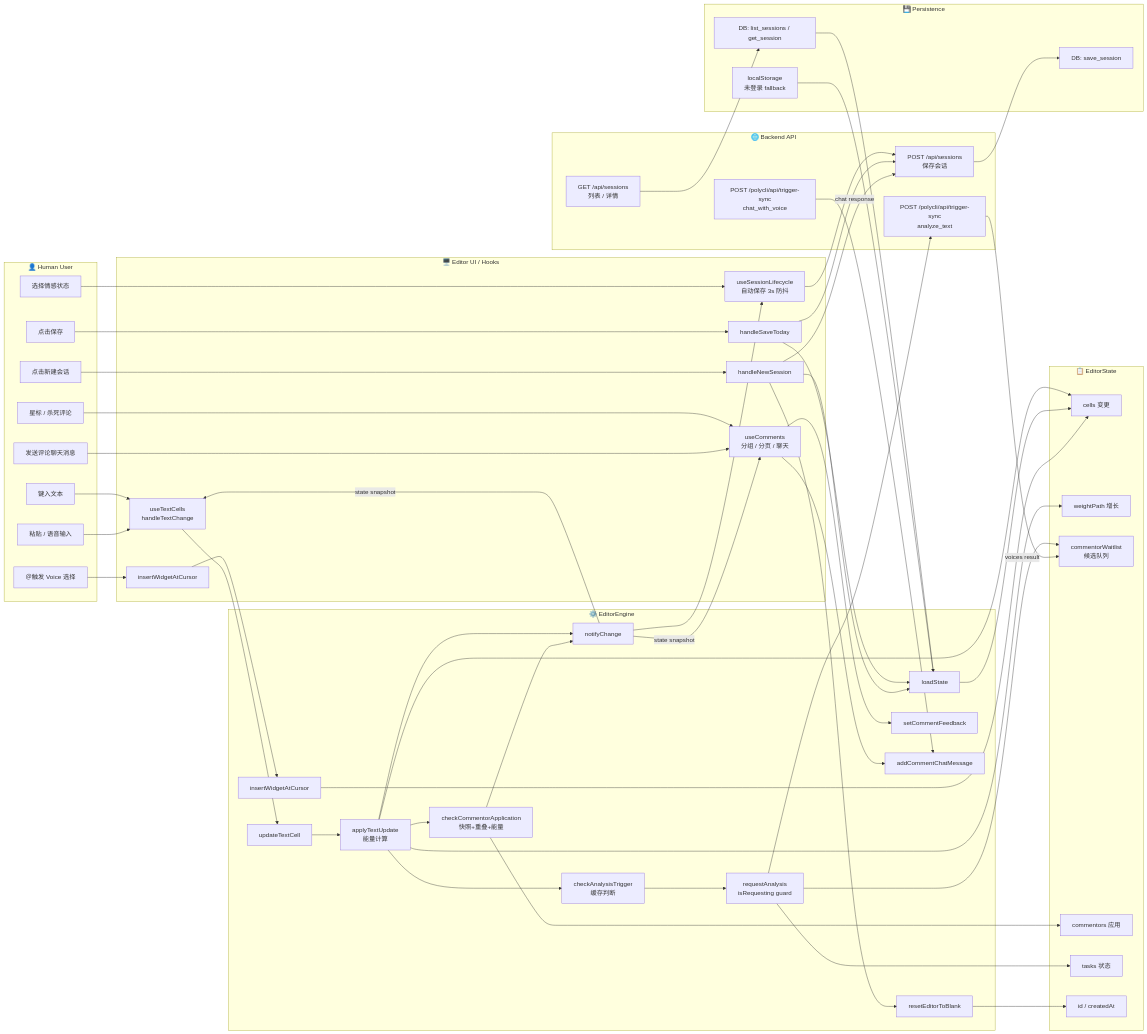
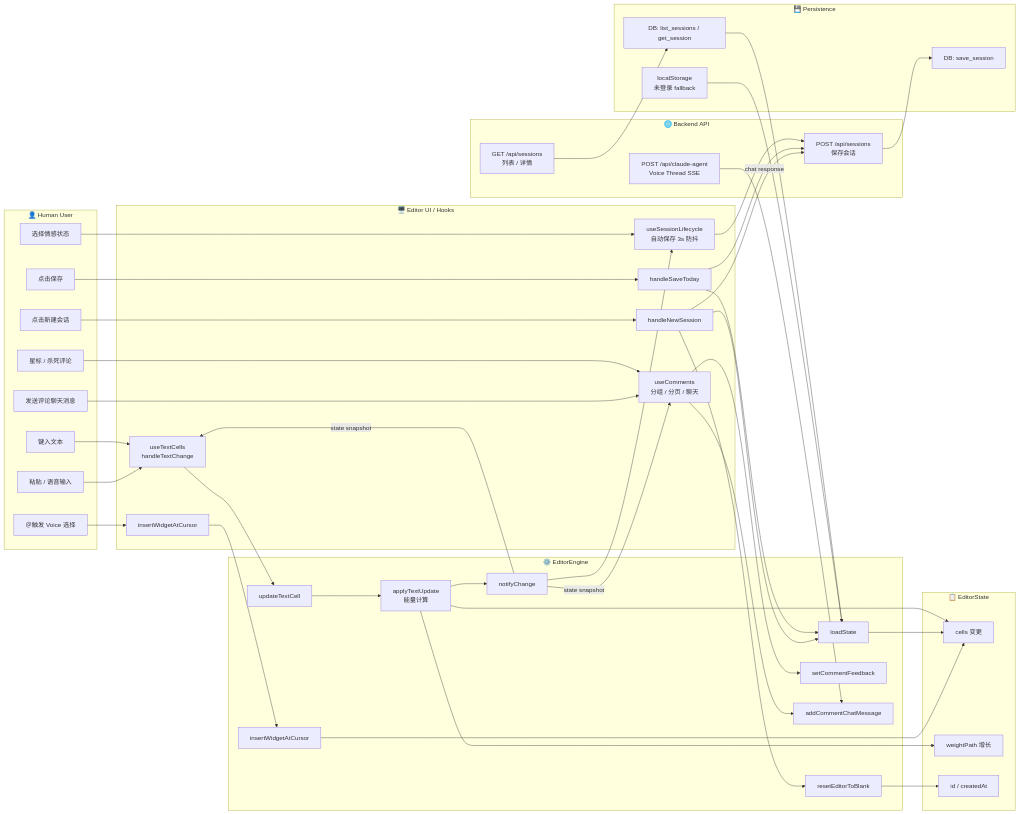
One commit to glide-the/im-dream changed the diagram in docs/design/edit-session/overview.md. Above: the diagram before and after it, drawn with Mermaid. The commit also changed other lines of this file and 136 other files, not shown here.

```diff
--- a/docs/design/edit-session/overview.md
+++ b/docs/design/edit-session/overview.md
@@ -317,9 +292,6 @@
   subgraph Engine["⚙️ EditorEngine"]
     E1[updateTextCell]
     E2[applyTextUpdate\n能量计算]
-    E3[checkAnalysisTrigger\n缓存判断]
-    E4[requestAnalysis\nisRequesting guard]
-    E5[checkCommentorApplication\n快照+重叠+能量]
     E6[notifyChange]
     E7[resetEditorToBlank]
     E8[loadState]
@@ -331,15 +303,11 @@
   subgraph SessionState["📋 EditorState"]
     S1[cells 变更]
     S2[weightPath 增长]
-    S3[commentorWaitlist\n候选队列]
-    S4[commentors 应用]
-    S5[tasks 状态]
     S6[id / createdAt]
   end
 
   subgraph Backend["🌐 Backend API"]
-    B1[POST /polycli/api/trigger-sync\nanalyze_text]
-    B2[POST /polycli/api/trigger-sync\nchat_with_voice]
+    B2[POST /api/claude-agent\nVoice Thread SSE]
     B3[POST /api/sessions\n保存会话]
     B4[GET /api/sessions\n列表 / 详情]
   end
@@ -373,22 +341,13 @@
   E1 --> E2
   E2 --> S1
   E2 --> S2
-  E2 --> E3
-  E2 --> E5
   E2 --> E6
-  E3 --> E4
-  E4 --> S5
-  E4 --> B1
-  E4 --> S3
-  E5 --> S4
-  E5 --> E6
   E6 --> H2
   E7 --> S6
   E8 --> S1
   E9 --> S1
 
-  %% Backend → Engine (async response)
-  B1 -->|voices result| S3
+  %% Explicit historical comment chat
   B2 -->|chat response| E11
 
   %% Session Lifecycle → Backend
```
